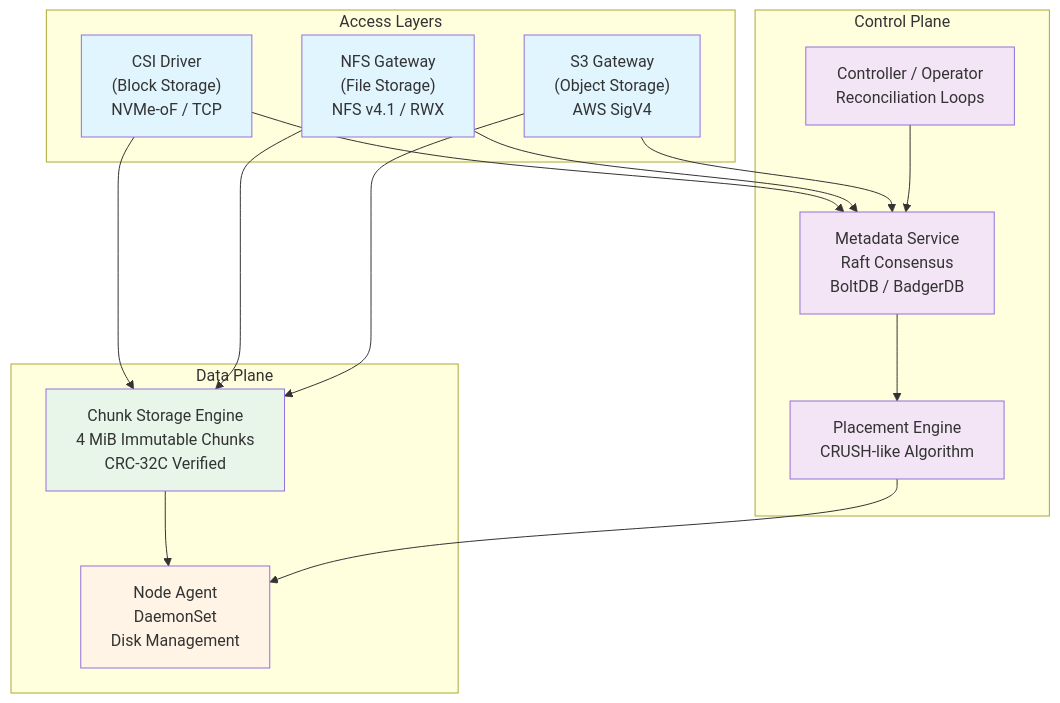
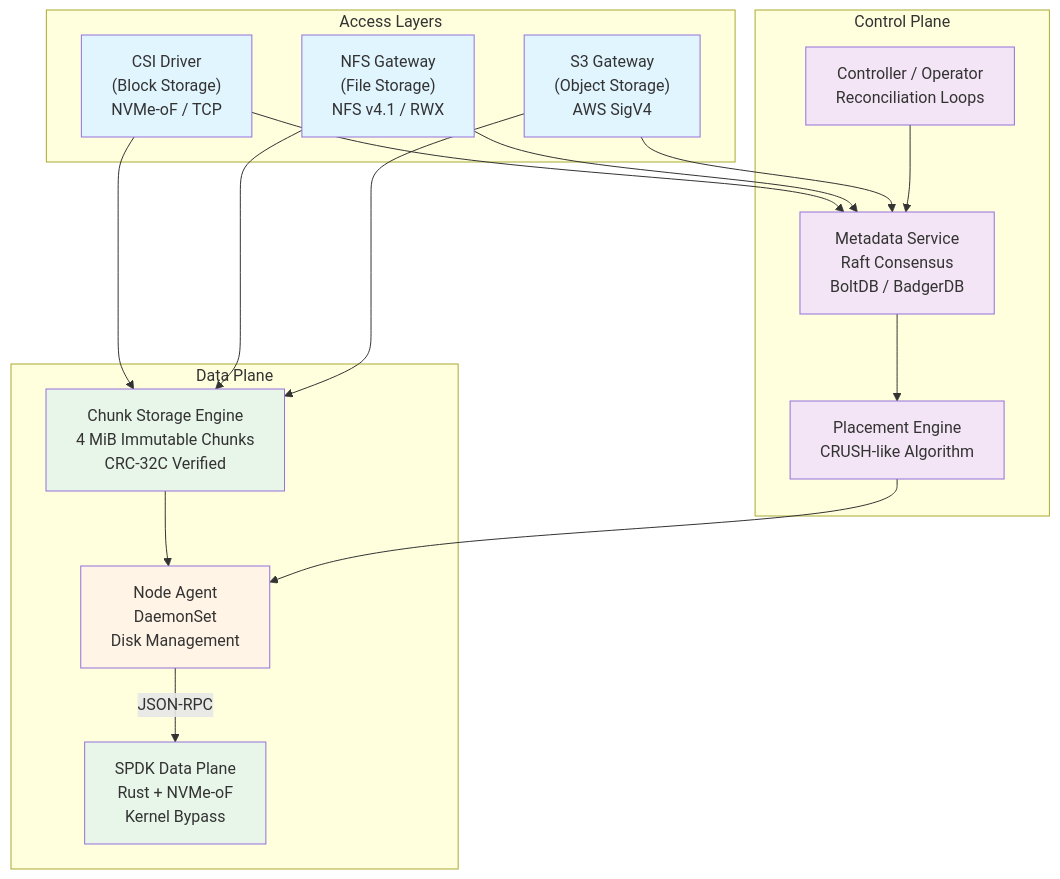
Before and after one commit to azrtydxb/novastor: the first of 5 diagrams in docs/architecture/overview.md, drawn with Mermaid. The commit also changed 12 other files, not shown here.

First line of the commit message:
[Feature] Add SPDK data-plane integration across agent, CSI, and Helm (#154)

````diff
--- a/docs/architecture/overview.md
+++ b/docs/architecture/overview.md
@@ -7,39 +7,42 @@
 ```mermaid
 graph TB
     subgraph Access Layers
         CSI["CSI Driver<br/>(Block Storage)<br/>NVMe-oF / TCP"]
         NFS["NFS Gateway<br/>(File Storage)<br/>NFS v4.1 / RWX"]
         S3["S3 Gateway<br/>(Object Storage)<br/>AWS SigV4"]
     end
 
     subgraph Control Plane
         CTRL["Controller / Operator<br/>Reconciliation Loops"]
         META["Metadata Service<br/>Raft Consensus<br/>BoltDB / BadgerDB"]
         PE["Placement Engine<br/>CRUSH-like Algorithm"]
     end
 
     subgraph Data Plane
         CE["Chunk Storage Engine<br/>4 MiB Immutable Chunks<br/>CRC-32C Verified"]
         AGENT["Node Agent<br/>DaemonSet<br/>Disk Management"]
+        SPDK["SPDK Data Plane<br/>Rust + NVMe-oF<br/>Kernel Bypass"]
     end
 
     CSI --> META
     NFS --> META
     S3 --> META
     CSI --> CE
     NFS --> CE
     S3 --> CE
     CTRL --> META
     META --> PE
     CE --> AGENT
+    AGENT -->|"JSON-RPC"| SPDK
     PE --> AGENT
 
     style CSI fill:#e1f5ff
     style NFS fill:#e1f5ff
     style S3 fill:#e1f5ff
     style CTRL fill:#f3e5f5
     style META fill:#f3e5f5
     style PE fill:#f3e5f5
     style CE fill:#e8f5e9
     style AGENT fill:#fff4e6
+    style SPDK fill:#e8f5e9
 ```
````
